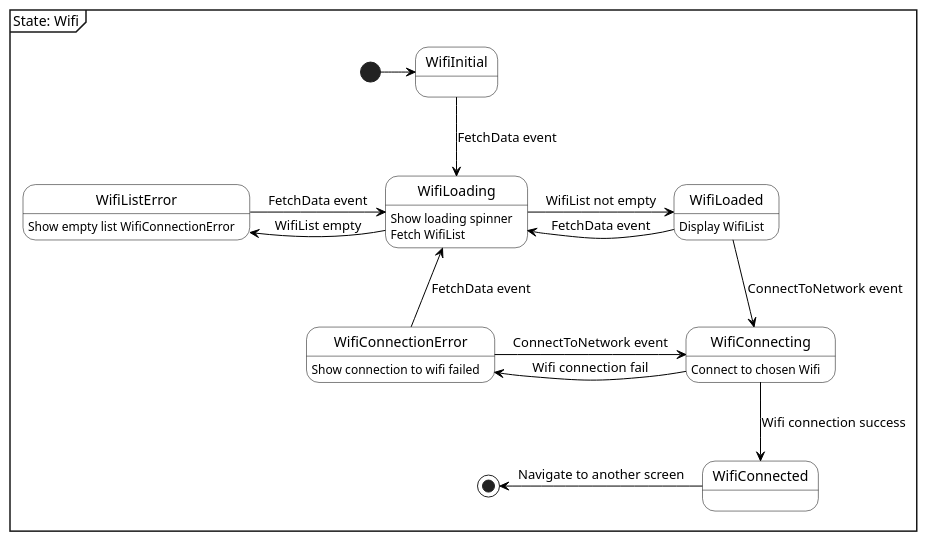
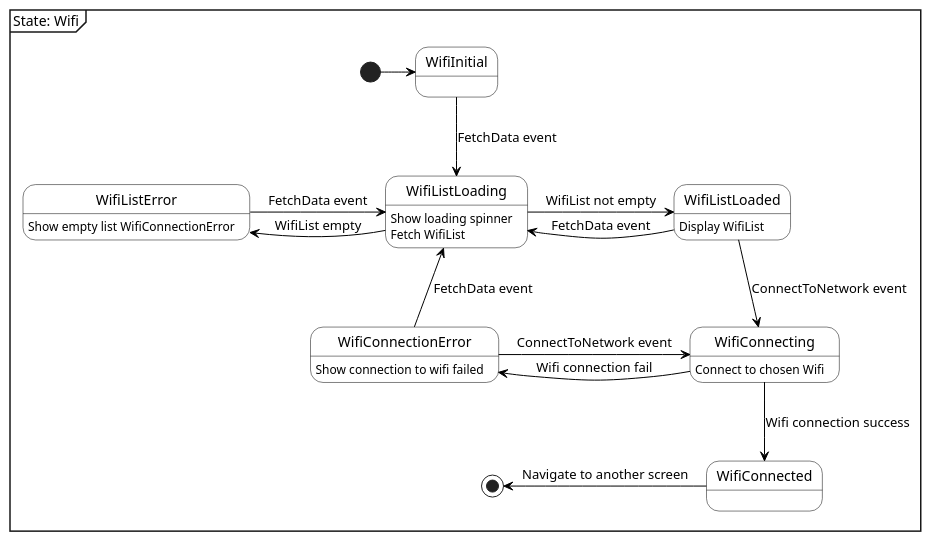
One commit to tmoller96/Flutter-course changed the diagram in bachelor diagrams/Wifi/State.wsd. Above: the diagram before and after it, drawn with PlantUML. The commit also changed 3 other files, not shown here.

Commit message:
Add another diagram

```diff
--- a/bachelor diagrams/Wifi/State.wsd
+++ b/bachelor diagrams/Wifi/State.wsd
@@ -1,35 +1,35 @@
 @startuml
 
 skinparam state {
   BackgroundColor White
   BorderColor Black
   ArrowColor Black
 }
 
 mainframe State: Wifi
 
 [*] -right-> WifiInitial
-WifiInitial -down-> WifiLoading: FetchData event
-WifiLoading -right-> WifiLoaded: WifiList not empty
-WifiLoaded -left-> WifiLoading: FetchData event
-WifiLoading -left-> WifiListError: WifiList empty
-WifiListError -right-> WifiLoading: FetchData event 
-WifiLoaded -down-> WifiConnecting: ConnectToNetwork event
+WifiInitial -down-> WifiListLoading: FetchData event
+WifiListLoading -right-> WifiListLoaded: WifiList not empty
+WifiListLoaded -left-> WifiListLoading: FetchData event
+WifiListLoading -left-> WifiListError: WifiList empty
+WifiListError -right-> WifiListLoading: FetchData event 
+WifiListLoaded -down-> WifiConnecting: ConnectToNetwork event
 WifiConnecting -down-> WifiConnected: Wifi connection success
 WifiConnecting -left-> WifiConnectionError: Wifi connection fail
 WifiConnectionError -right-> WifiConnecting: ConnectToNetwork event
-WifiConnectionError -up-> WifiLoading: FetchData event
+WifiConnectionError -up-> WifiListLoading: FetchData event
 WifiConnected -left-> [*]: Navigate to another screen
 
-WifiLoading: Show loading spinner
-WifiLoading: Fetch WifiList
+WifiListLoading: Show loading spinner
+WifiListLoading: Fetch WifiList
 
 WifiListError: Show empty list WifiConnectionError
 
-WifiLoaded: Display WifiList
+WifiListLoaded: Display WifiList
 
 WifiConnectionError: Show connection to wifi failed
 
 WifiConnecting: Connect to chosen Wifi
 
 @enduml
```
